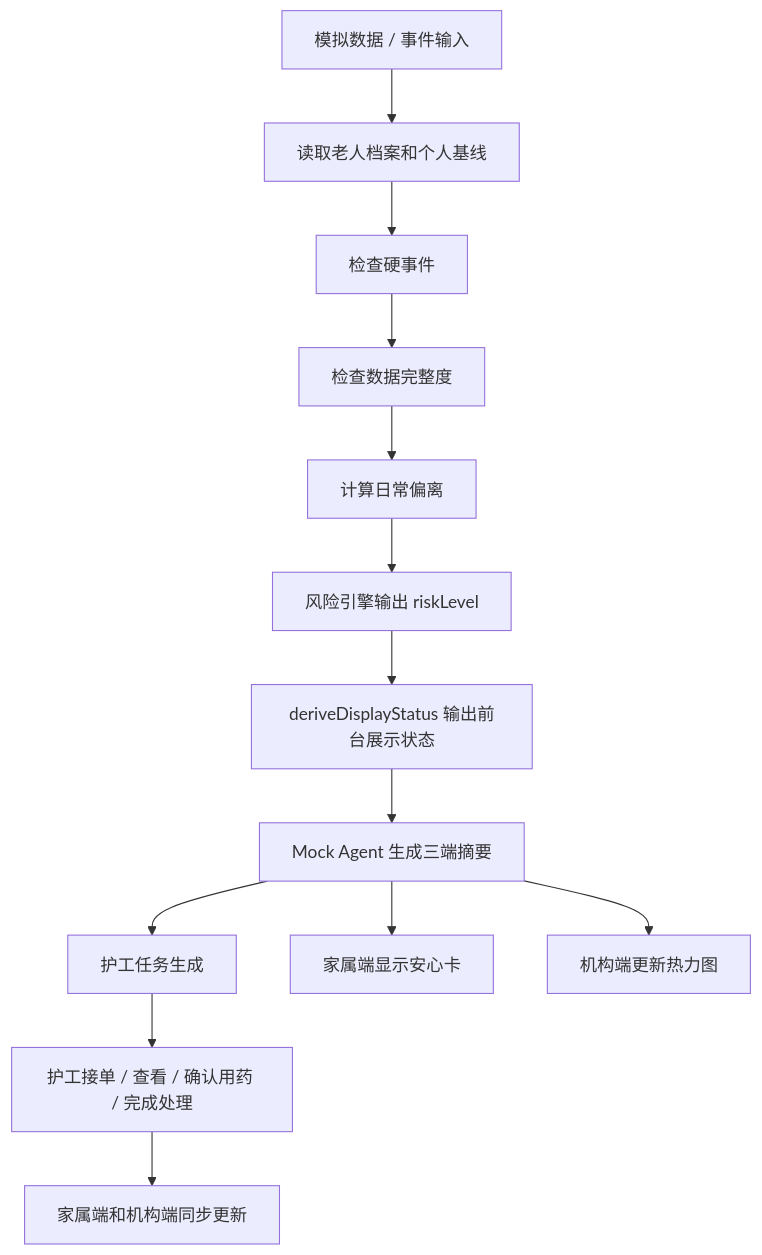
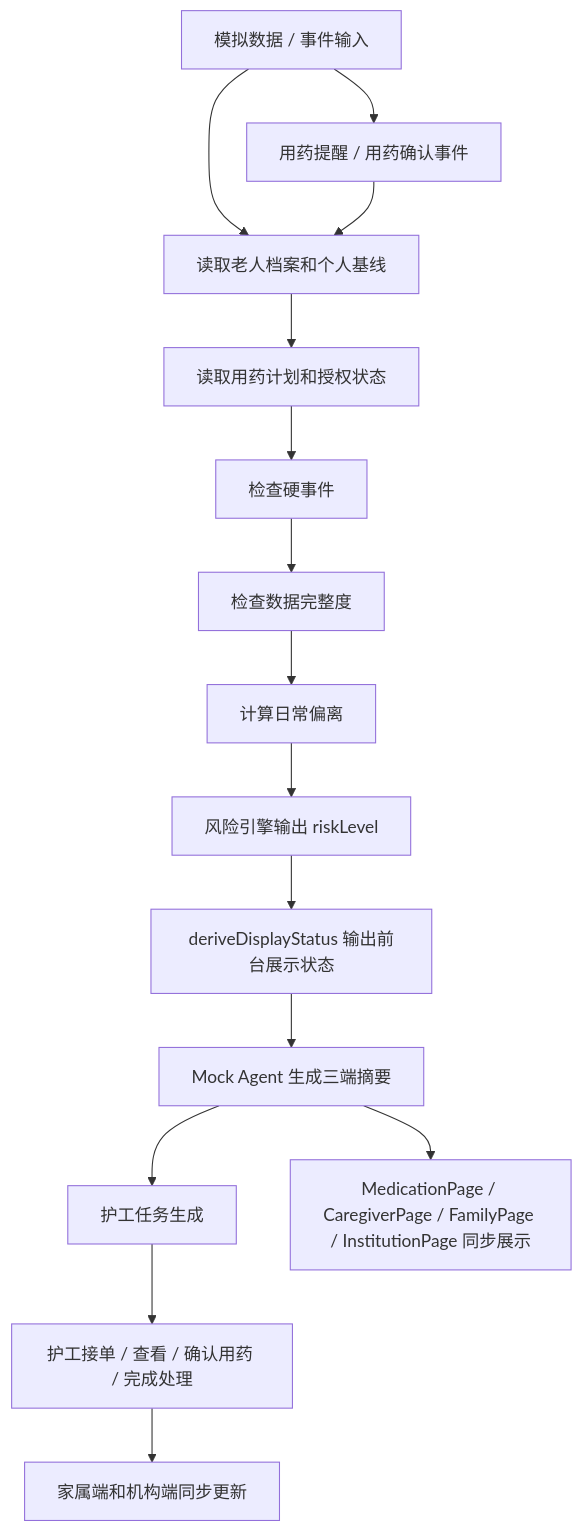
Before and after one commit to foxian-aaron/careband-agent-demo: the diagram in docs/event-flow.md, drawn with Mermaid. The commit also changed other lines of this file and 41 other files, not shown here.

````diff
--- a/docs/event-flow.md
+++ b/docs/event-flow.md
@@ -3,15 +3,17 @@
 ```mermaid
 flowchart TD
   A[模拟数据 / 事件输入] --> B[读取老人档案和个人基线]
-  B --> C[检查硬事件]
-  C --> D[检查数据完整度]
-  D --> E[计算日常偏离]
-  E --> F[风险引擎输出 riskLevel]
-  F --> G[deriveDisplayStatus 输出前台展示状态]
-  G --> H[Mock Agent 生成三端摘要]
-  H --> I[护工任务生成]
-  H --> J[家属端显示安心卡]
-  H --> K[机构端更新热力图]
-  I --> L[护工接单 / 查看 / 确认用药 / 完成处理]
+  A --> A1[用药提醒 / 用药确认事件]
+  A1 --> B
+  B --> C[读取用药计划和授权状态]
+  C --> D[检查硬事件]
+  D --> E[检查数据完整度]
+  E --> F[计算日常偏离]
+  F --> G[风险引擎输出 riskLevel]
+  G --> H[deriveDisplayStatus 输出前台展示状态]
+  H --> I[Mock Agent 生成三端摘要]
+  I --> J[护工任务生成]
+  I --> K[MedicationPage / CaregiverPage / FamilyPage / InstitutionPage 同步展示]
+  J --> L[护工接单 / 查看 / 确认用药 / 完成处理]
   L --> M[家属端和机构端同步更新]
 ```
````
